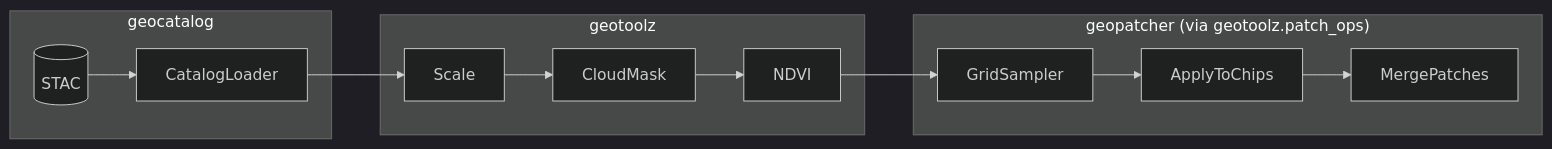
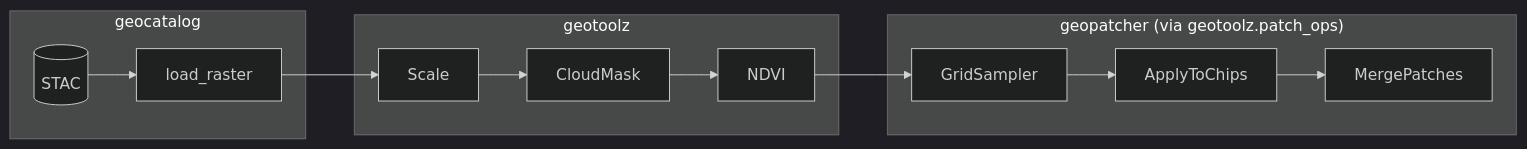
The seventh of 7 diagrams in docs/concepts.md (jejjohnson/geotoolz), drawn with Mermaid (dark theme) before and after one commit. The commit also changed other lines of this file and 53 other files, not shown here.

````diff
--- a/docs/concepts.md
+++ b/docs/concepts.md
@@ -247,14 +248,14 @@
 ```mermaid
 flowchart LR
     subgraph cat["geocatalog"]
-        STAC[(STAC)] --> Loader[CatalogLoader]
+        STAC[(STAC)] --> Loader[load_raster]
     end
     subgraph tools["geotoolz"]
         Op1[Scale] --> Op2[CloudMask] --> Op3[NDVI]
     end
     subgraph patch["geopatcher (via geotoolz.patch_ops)"]
         GS[GridSampler] --> AC[ApplyToChips] --> St[MergePatches]
     end
     Loader --> Op1
     Op3 --> GS
 ```
````
